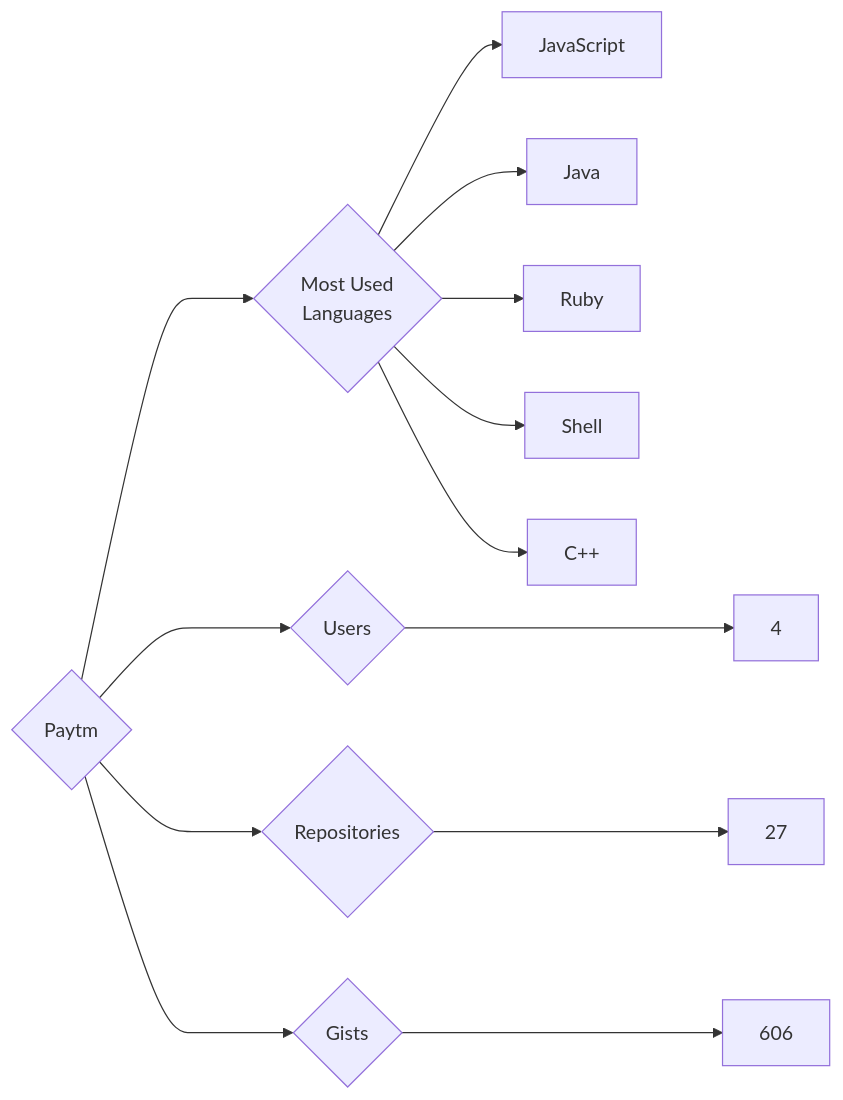
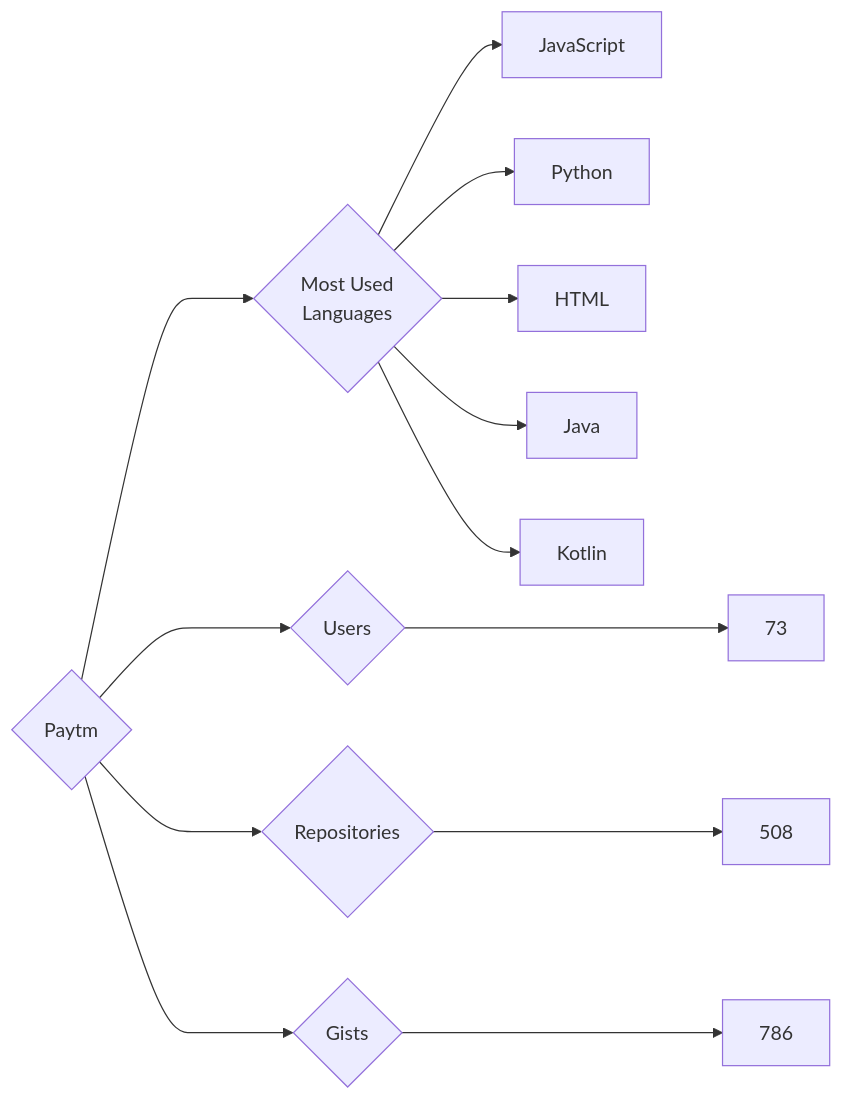
The diagram in targets/Paytm/README.md (trickest/insiders), drawn with Mermaid before and after one commit. The commit also changed 748 other files, not shown here.

````diff
--- a/targets/Paytm/README.md
+++ b/targets/Paytm/README.md
@@ -3,13 +3,13 @@
 ```mermaid
 graph LR
 COMPANY_NAME{Paytm}
-COMPANY_NAME ---> U{Users} ---> UN[4]
-COMPANY_NAME ---> R{Repositories} ---> RN[27]
-COMPANY_NAME ---> G{Gists} ---> GN[606]
+COMPANY_NAME ---> U{Users} ---> UN[73]
+COMPANY_NAME ---> R{Repositories} ---> RN[508]
+COMPANY_NAME ---> G{Gists} ---> GN[786]
 COMPANY_NAME ---> ML{Most Used<br>Languages}
 ML --> JavaScript[JavaScript]
+ML --> Python[Python]
+ML --> HTML[HTML]
 ML --> Java[Java]
-ML --> Ruby[Ruby]
-ML --> Shell[Shell]
-ML --> C++[C++]
+ML --> Kotlin[Kotlin]
 ```
````
